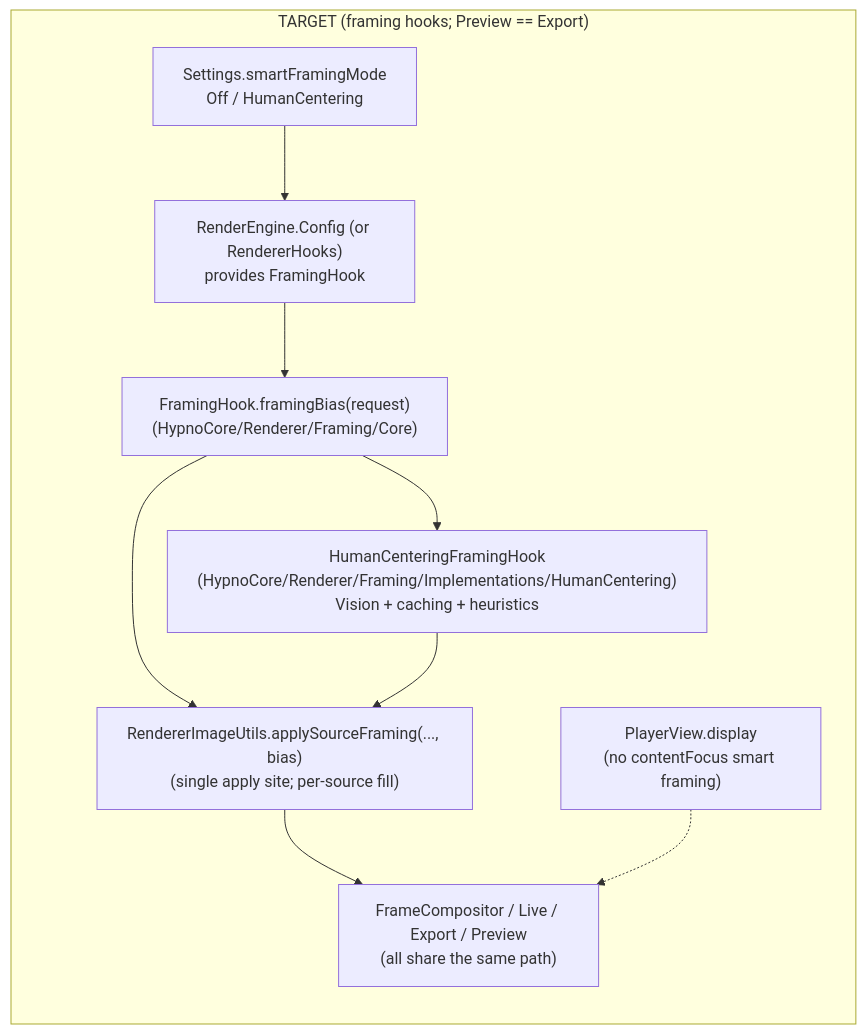
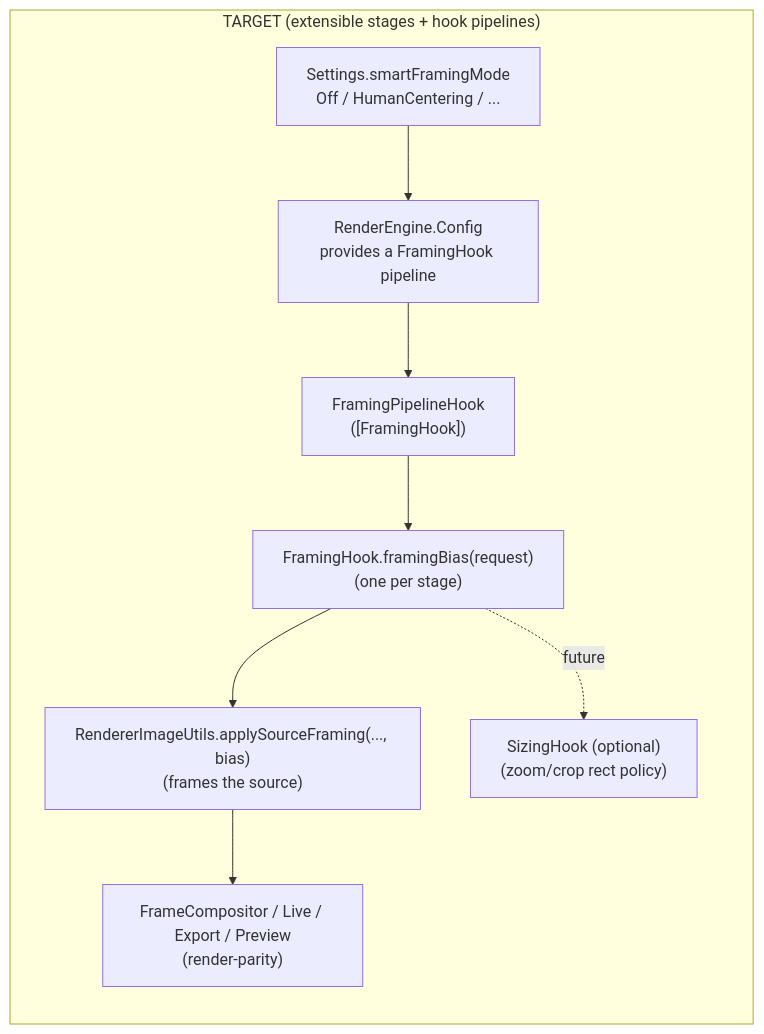
Before and after one commit to lorenjohnson/Hypnograph: the second of 2 diagrams in docs/projects/20260120-smart-framing-human-centering/overview.md, drawn with Mermaid. The commit also changed other lines of this file and 12 other files, not shown here.

Commit message:
Smart framing: add FramingHook system and unify preview/export

````diff
--- a/docs/projects/20260120-smart-framing-human-centering/overview.md
+++ b/docs/projects/20260120-smart-framing-human-centering/overview.md
@@ -52,13 +50,13 @@
 ```mermaid
 flowchart LR
-  subgraph TARGET["TARGET (framing hooks; Preview == Export)"]
-    A2["Settings.smartFramingMode\nOff / HumanCentering"] --> H["RenderEngine.Config (or RendererHooks)\nprovides FramingHook"]
-    H --> I["FramingHook.framingBias(request)\n(HypnoCore/Renderer/Framing/Core)"]
-    I --> J["HumanCenteringFramingHook\n(HypnoCore/Renderer/Framing/Implementations/HumanCentering)\nVision + caching + heuristics"]
-    I --> K["RendererImageUtils.applySourceFraming(..., bias)\n(single apply site; per-source fill)"]
-    K --> L["FrameCompositor / Live / Export / Preview\n(all share the same path)"]
+  subgraph TARGET["TARGET (extensible stages + hook pipelines)"]
+    A2["Settings.smartFramingMode\nOff / HumanCentering / ..."] --> H["RenderEngine.Config\nprovides a FramingHook pipeline"]
+    H --> P["FramingPipelineHook\n([FramingHook])"]
+    P --> I["FramingHook.framingBias(request)\n(one per stage)"]
+    I --> K["RendererImageUtils.applySourceFraming(..., bias)\n(frames the source)"]
+    K --> L["FrameCompositor / Live / Export / Preview\n(render-parity)"]
 
-    J --> K
-    M["PlayerView.display\n(no contentFocus smart framing)"] -.-> L
+    %% Future: independent sizing stage (zoom/crop policy)
+    I -. future .-> S["SizingHook (optional)\n(zoom/crop rect policy)"]
   end
 ```
````
